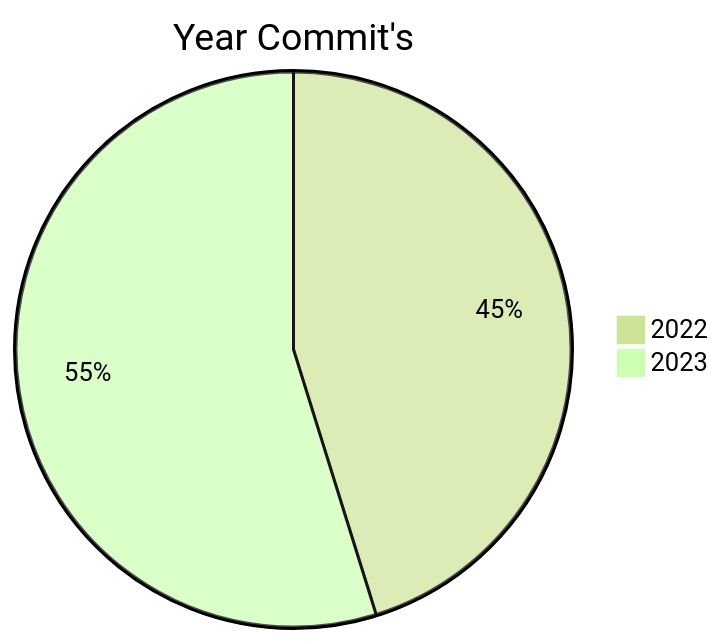
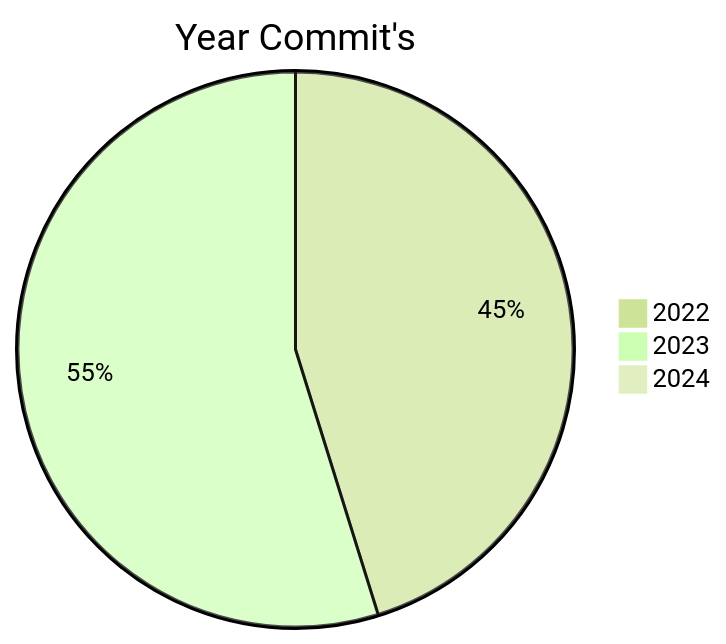
Before and after one commit to BackdevHong/YOC: the first of 2 diagrams in README.md, drawn with Mermaid (forest theme). The commit also changed other lines of this file, not shown here.

````diff
--- a/README.md
+++ b/README.md
@@ -8,5 +9,6 @@
 ```mermaid
 pie title Year Commit's
     "2022" : 418
     "2023" : 507
+    "2024" : 0
 ```
````
